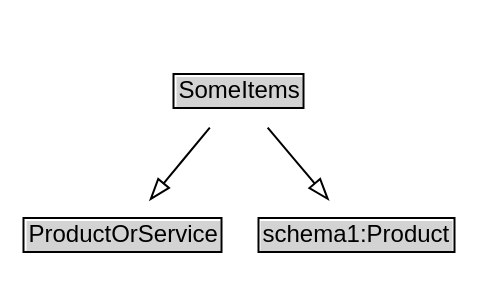
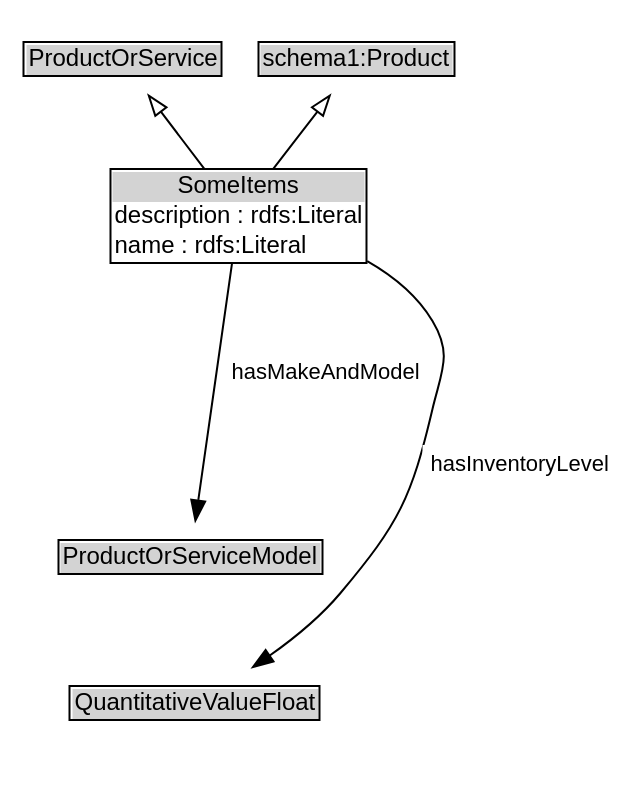
The diagram in docs/diagrams/SomeItems.dot (k-vaughn/ontology-import-gr), drawn with Graphviz before and after one commit. The commit also changed 265 other files, not shown here.

```diff
--- a/docs/diagrams/SomeItems.dot
+++ b/docs/diagrams/SomeItems.dot
@@ -1,18 +1,30 @@
 // Diagram for SomeItems
 digraph {
 	graph [overlap=false rankdir=TB splines=true]
 	node [fontname=Arial fontsize=12 margin=0 shape=none]
 	edge [fontname=Arial fontsize=11]
-	SomeItems [label=<<TABLE BORDER="1" CELLBORDER="0" CELLSPACING="0" CELLPADDING="1"><TR><TD BGCOLOR="lightgray" ALIGN="CENTER">SomeItems</TD></TR></TABLE>> URL="../SomeItems" margin=0]
+	{
+		rank=source
+		ProductOrService [label=<<TABLE BORDER="1" CELLBORDER="0" CELLSPACING="0" CELLPADDING="1"><TR><TD BGCOLOR="lightgray" ALIGN="CENTER">ProductOrService</TD></TR></TABLE>> URL="../ProductOrService" margin=0]
+		schema1_Product [label=<<TABLE BORDER="1" CELLBORDER="0" CELLSPACING="0" CELLPADDING="1"><TR><TD BGCOLOR="lightgray" ALIGN="CENTER">schema1:Product</TD></TR></TABLE>> URL="https://w3id.org/citydata/imported/schema1/latest/Product" margin=0]
+	}
+	SomeItems [label=<<TABLE BORDER="1" CELLBORDER="0" CELLSPACING="0" CELLPADDING="1"><TR><TD BGCOLOR="lightgray" ALIGN="CENTER">SomeItems</TD></TR><TR><TD ALIGN="LEFT">description : rdfs:Literal</TD></TR><TR><TD ALIGN="LEFT">name : rdfs:Literal</TD></TR></TABLE>> URL="../SomeItems" margin=0]
 	{
 		rank=max
 	}
 	subgraph cluster_associated {
 		label="" style=invis
 		Invis [label=<<TABLE BORDER="0" CELLBORDER="0" CELLSPACING="0" CELLPADDING="1"><TR><TD></TD></TR></TABLE>> margin=0 style=invis]
+		ProductOrServiceModel [label=<<TABLE BORDER="1" CELLBORDER="0" CELLSPACING="0" CELLPADDING="1"><TR><TD BGCOLOR="lightgray" ALIGN="CENTER">ProductOrServiceModel</TD></TR></TABLE>> URL="../ProductOrServiceModel" margin=0]
+		QuantitativeValueFloat [label=<<TABLE BORDER="1" CELLBORDER="0" CELLSPACING="0" CELLPADDING="1"><TR><TD BGCOLOR="lightgray" ALIGN="CENTER">QuantitativeValueFloat</TD></TR></TABLE>> URL="../QuantitativeValueFloat" margin=0]
 	}
-	ProductOrService [label=<<TABLE BORDER="1" CELLBORDER="0" CELLSPACING="0" CELLPADDING="1"><TR><TD BGCOLOR="lightgray" ALIGN="CENTER">ProductOrService</TD></TR></TABLE>> URL="../ProductOrService" margin=0]
 	SomeItems -> ProductOrService [arrowhead=onormal style=solid]
-	schema1_Product [label=<<TABLE BORDER="1" CELLBORDER="0" CELLSPACING="0" CELLPADDING="1"><TR><TD BGCOLOR="lightgray" ALIGN="CENTER">schema1:Product</TD></TR></TABLE>> URL="https://w3id.org/citydata/imported/schema1/latest/Product" margin=0]
 	SomeItems -> schema1_Product [arrowhead=onormal style=solid]
+	SomeItems -> Invis [style=invis]
+	Invis -> ProductOrServiceModel [style=invis]
+	ProductOrServiceModel -> QuantitativeValueFloat [style=invis]
+	QuantitativeValueFloat [label=<<TABLE BORDER="1" CELLBORDER="0" CELLSPACING="0" CELLPADDING="1"><TR><TD BGCOLOR="lightgray" ALIGN="CENTER">QuantitativeValueFloat</TD></TR></TABLE>> URL="../QuantitativeValueFloat" margin=0]
+	SomeItems -> QuantitativeValueFloat [label=<<TABLE BORDER="0" CELLBORDER="0" CELLSPACING="0" CELLPADDING="4" BGCOLOR="white"><TR><TD ALIGN="CENTER">hasInventoryLevel</TD></TR></TABLE>> arrowhead=normal style=solid]
+	ProductOrServiceModel [label=<<TABLE BORDER="1" CELLBORDER="0" CELLSPACING="0" CELLPADDING="1"><TR><TD BGCOLOR="lightgray" ALIGN="CENTER">ProductOrServiceModel</TD></TR></TABLE>> URL="../ProductOrServiceModel" margin=0]
+	SomeItems -> ProductOrServiceModel [label=<<TABLE BORDER="0" CELLBORDER="0" CELLSPACING="0" CELLPADDING="4" BGCOLOR="white"><TR><TD ALIGN="CENTER">hasMakeAndModel</TD></TR></TABLE>> arrowhead=normal style=solid]
 }
```
